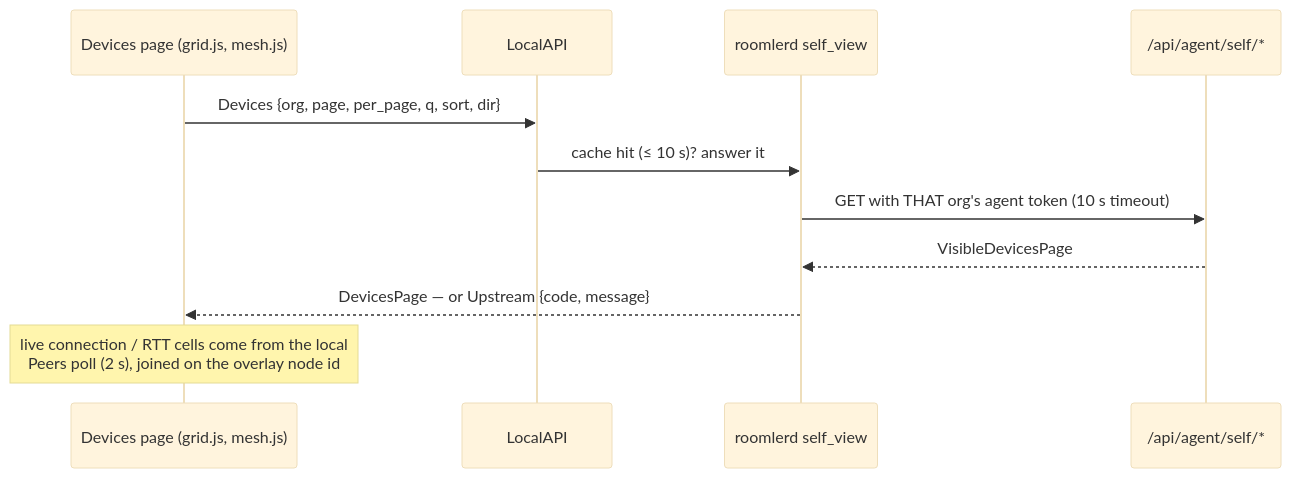
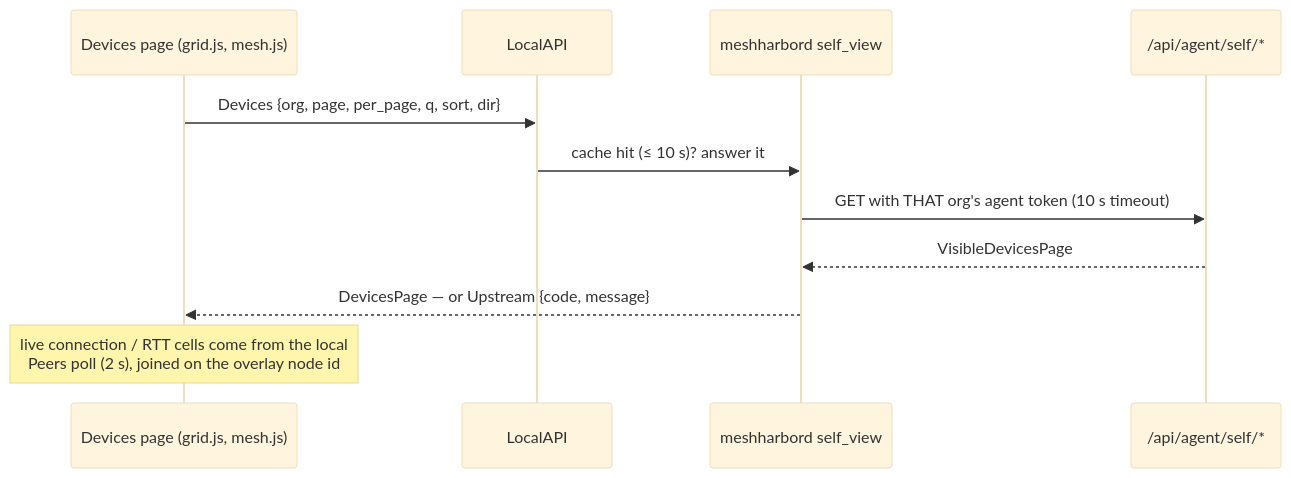
One commit to jk-zhang-meta/MeshHarbor changed the fourth of 12 diagrams in docs/desktop-companion.md. Above: the diagram before and after it, drawn with Mermaid (base theme). The commit also changed other lines of this file and 682 other files, not shown here.

````diff
--- a/docs/desktop-companion.md
+++ b/docs/desktop-companion.md
@@ -224,13 +224,13 @@
 ```mermaid
 sequenceDiagram
     participant G as Devices page (grid.js, mesh.js)
     participant L as LocalAPI
-    participant V as roomlerd self_view
+    participant V as meshharbord self_view
     participant S as /api/agent/self/*
     G->>L: Devices {org, page, per_page, q, sort, dir}
     L->>V: cache hit (≤ 10 s)? answer it
     V->>S: GET with THAT org's agent token (10 s timeout)
     S-->>V: VisibleDevicesPage
     V-->>G: DevicesPage — or Upstream {code, message}
     Note over G: live connection / RTT cells come from the local<br/>Peers poll (2 s), joined on the overlay node id
 ```
````
